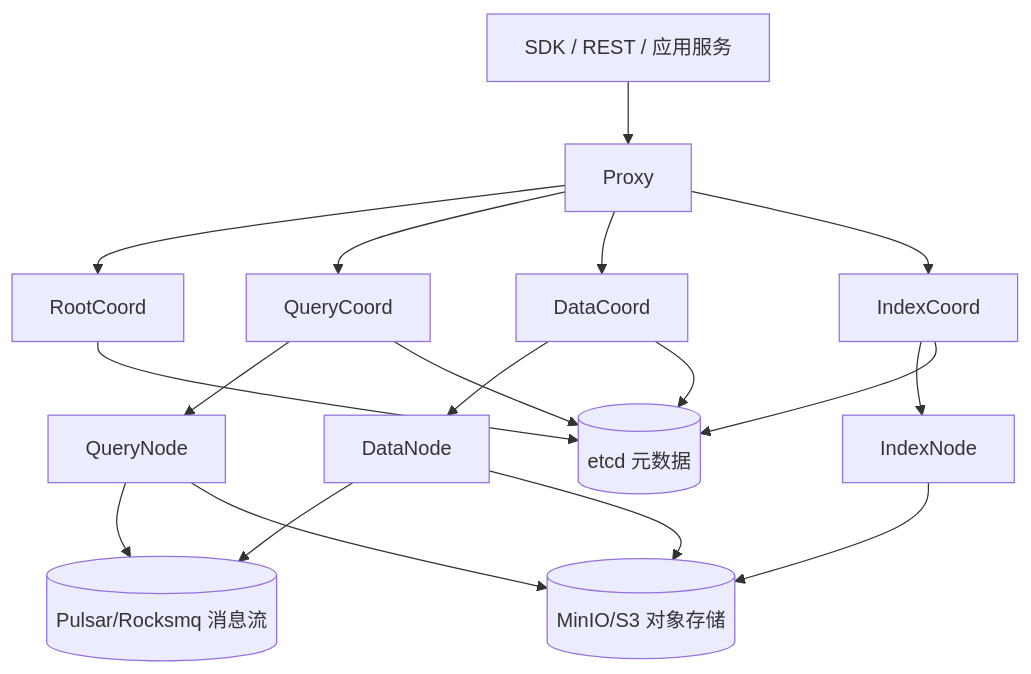
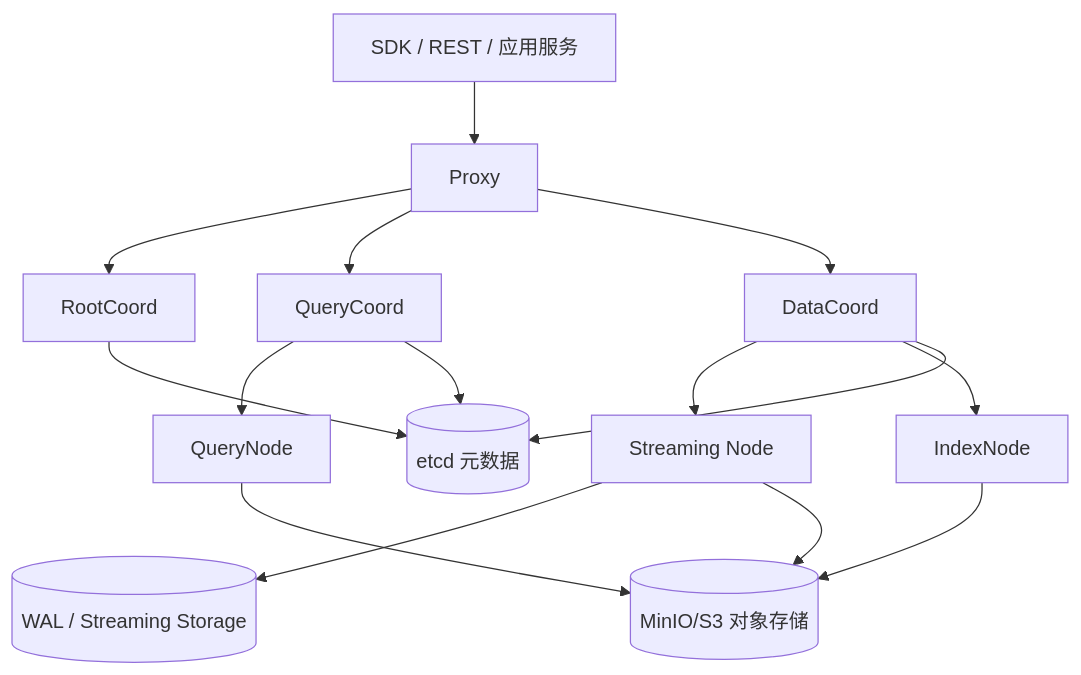
The first of 4 diagrams in milvus-master-course/docs/02-Milvus整体架构.md (yuanmomoya/milvus), drawn with Mermaid before and after one commit. The commit also changed other lines of this file and 341 other files, not shown here.

````diff
--- a/milvus-master-course/docs/02-Milvus整体架构.md
+++ b/milvus-master-course/docs/02-Milvus整体架构.md
@@ -25,23 +25,19 @@
 ```mermaid
 flowchart TB
     Client[SDK / REST / 应用服务] --> Proxy[Proxy]
     Proxy --> RootCoord[RootCoord]
     Proxy --> QueryCoord[QueryCoord]
     Proxy --> DataCoord[DataCoord]
-    Proxy --> IndexCoord[IndexCoord]
 
-    DataCoord --> DataNode[DataNode]
+    DataCoord --> StreamingNode[Streaming Node]
     QueryCoord --> QueryNode[QueryNode]
-    IndexCoord --> IndexNode[IndexNode]
+    DataCoord --> IndexNode[IndexNode]
 
     RootCoord --> Etcd[(etcd 元数据)]
     DataCoord --> Etcd
     QueryCoord --> Etcd
-    IndexCoord --> Etcd
-
-    DataNode --> MQ[(Pulsar/Rocksmq 消息流)]
-    QueryNode --> MQ
-    DataNode --> Obj[(MinIO/S3 对象存储)]
+    StreamingNode --> WAL[(WAL / Streaming Storage)]
+    StreamingNode --> Obj[(MinIO/S3 对象存储)]
     IndexNode --> Obj
     QueryNode --> Obj
 ```
````
